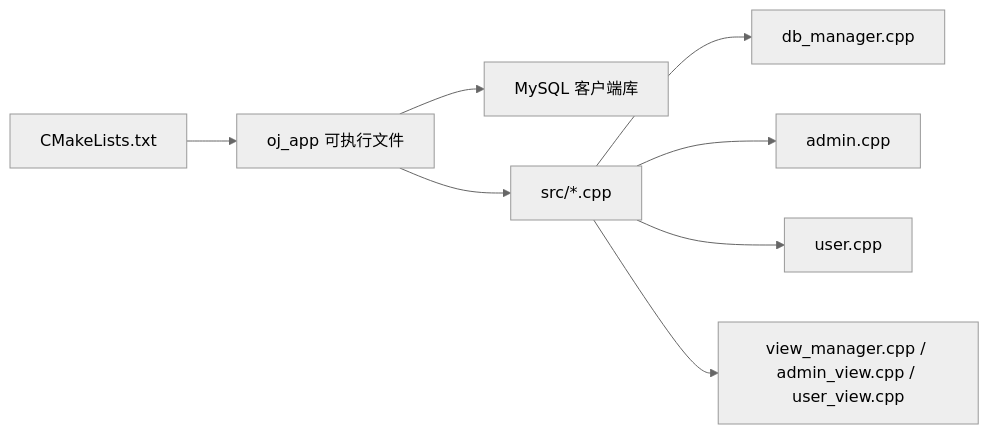
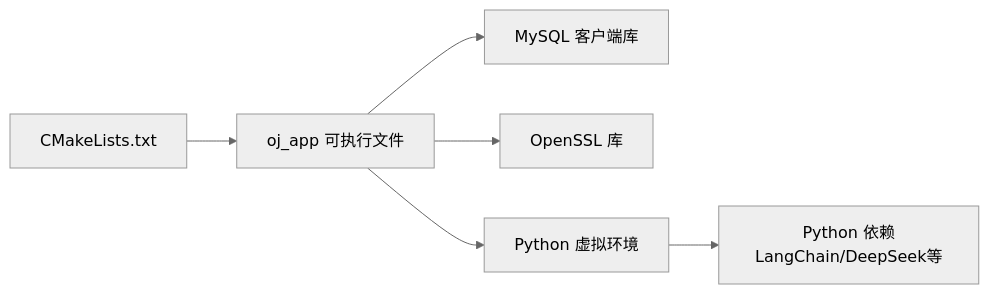
The seventh of 7 diagrams in .qoder/repowiki/zh/content/项目概述.md (jinpeng900/OJ-Test), drawn with Mermaid (neutral theme) before and after one commit. The commit also changed other lines of this file and 65 other files, not shown here.

````diff
--- a/.qoder/repowiki/zh/content/项目概述.md
+++ b/.qoder/repowiki/zh/content/项目概述.md
@@ -320,10 +346,8 @@
 ```mermaid
 graph LR
 CMake["CMakeLists.txt"] --> Build["oj_app 可执行文件"]
-Build --> MySQLLib["MySQL 客户端库"]
-Build --> Src["src/*.cpp"]
-Src --> DBMgr["db_manager.cpp"]
-Src --> Admin["admin.cpp"]
-Src --> User["user.cpp"]
-Src --> Views["view_manager.cpp / admin_view.cpp / user_view.cpp"]
+Build --> MySQL["MySQL 客户端库"]
+Build --> OpenSSL["OpenSSL 库"]
+Build --> Python["Python 虚拟环境"]
+Python --> PyDeps["Python 依赖LangChain/DeepSeek等"]
 ```
````
